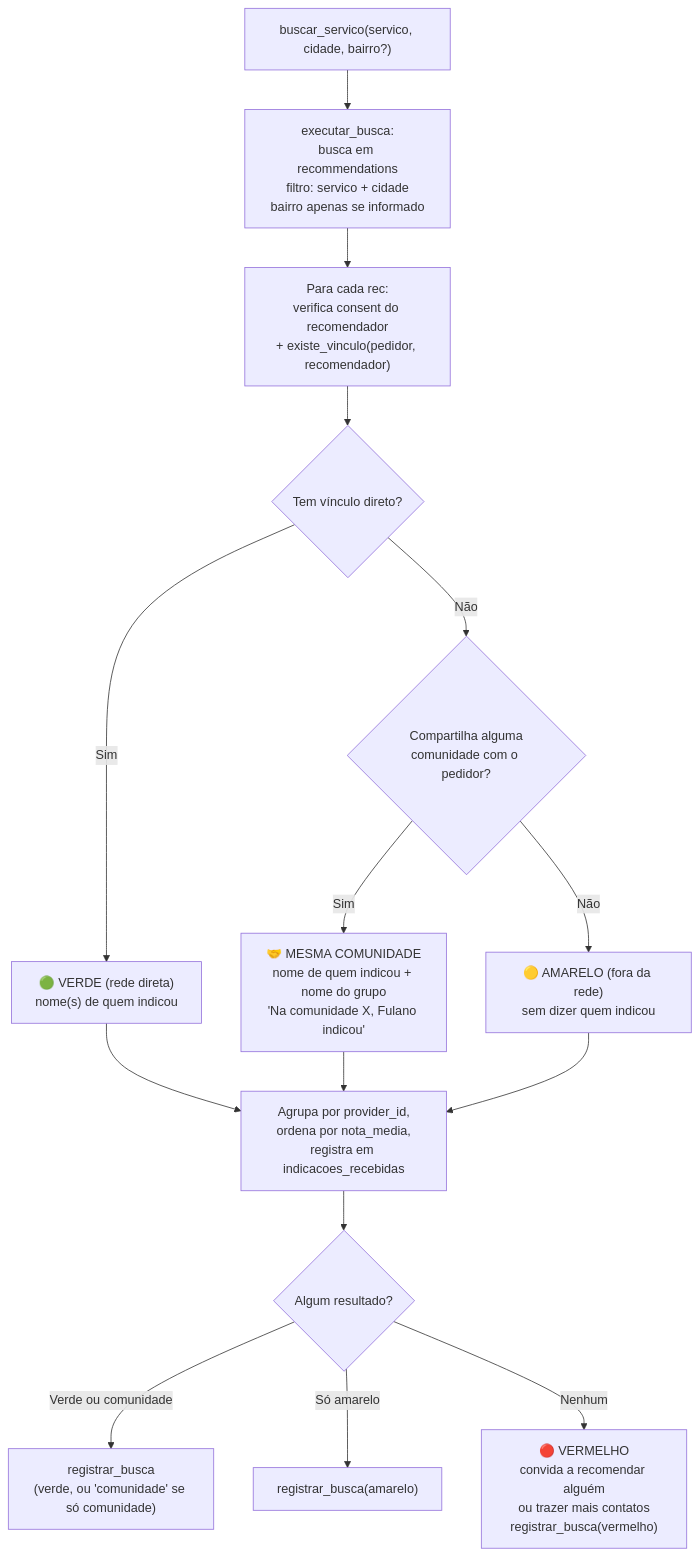
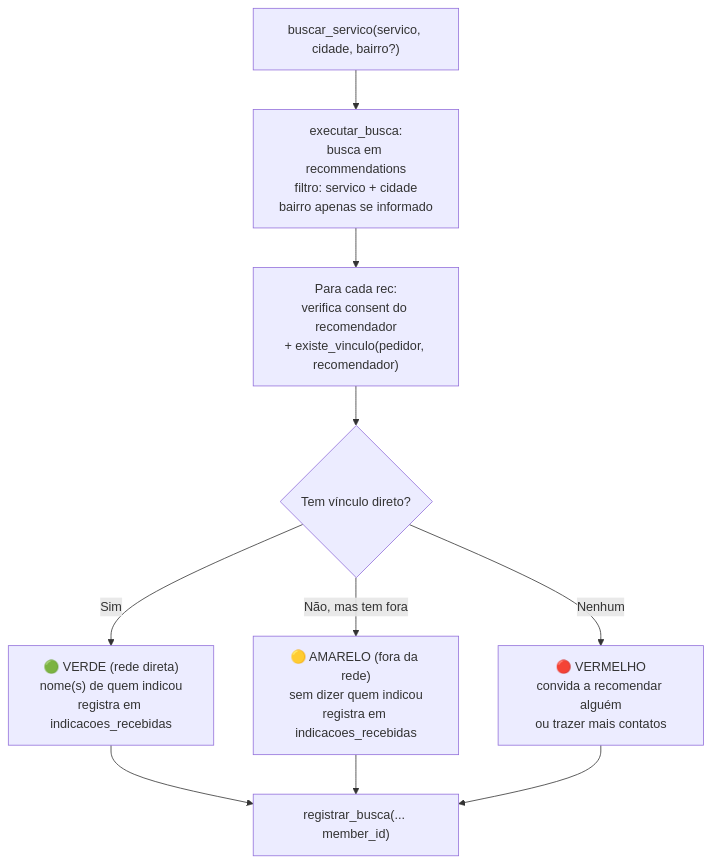
Before and after one commit to marcelogualtieri-spec/Marcelo: the fourth of 10 diagrams in docs/fluxograma.md, drawn with Mermaid. The commit also changed other lines of this file and 1 other file, not shown here.

First line of the commit message:
docs: remove comunidades e atualiza o fluxo guiado por botoes

````diff
--- a/docs/fluxograma.md
+++ b/docs/fluxograma.md
@@ -71,17 +62,12 @@
 ```mermaid
 flowchart TD
     A["buscar_servico(servico, cidade, bairro?)"] --> B["executar_busca:\nbusca em recommendations\nfiltro: servico + cidade\nbairro apenas se informado"]
     B --> C["Para cada rec:\nverifica consent do recomendador\n+ existe_vinculo(pedidor, recomendador)"]
     C --> D{"Tem vínculo direto?"}
-    D -- "Sim" --> F["🟢 VERDE (rede direta)\nnome(s) de quem indicou"]
-    D -- "Não" --> D2{"Compartilha alguma\ncomunidade com o pedidor?"}
-    D2 -- "Sim" --> CM["🤝 MESMA COMUNIDADE\nnome de quem indicou + nome do grupo\n'Na comunidade X, Fulano indicou'"]
-    D2 -- "Não" --> G["🟡 AMARELO (fora da rede)\nsem dizer quem indicou"]
-    F --> R["Agrupa por provider_id,\nordena por nota_media,\nregistra em indicacoes_recebidas"]
-    CM --> R
-    G --> R
-    R --> E{"Algum resultado?"}
-    E -- "Verde ou comunidade" --> I["registrar_busca\n(verde, ou 'comunidade' se só comunidade)"]
-    E -- "Só amarelo" --> I2["registrar_busca(amarelo)"]
-    E -- "Nenhum" --> H["🔴 VERMELHO\nconvida a recomendar alguém\nou trazer mais contatos\nregistrar_busca(vermelho)"]
+    D -- "Sim" --> F["🟢 VERDE (rede direta)\nnome(s) de quem indicou\nregistra em indicacoes_recebidas"]
+    D -- "Não, mas tem fora" --> G["🟡 AMARELO (fora da rede)\nsem dizer quem indicou\nregistra em indicacoes_recebidas"]
+    D -- "Nenhum" --> H["🔴 VERMELHO\nconvida a recomendar alguém\nou trazer mais contatos"]
+    F --> I["registrar_busca(... member_id)"]
+    G --> I
+    H --> I
 ```
````
